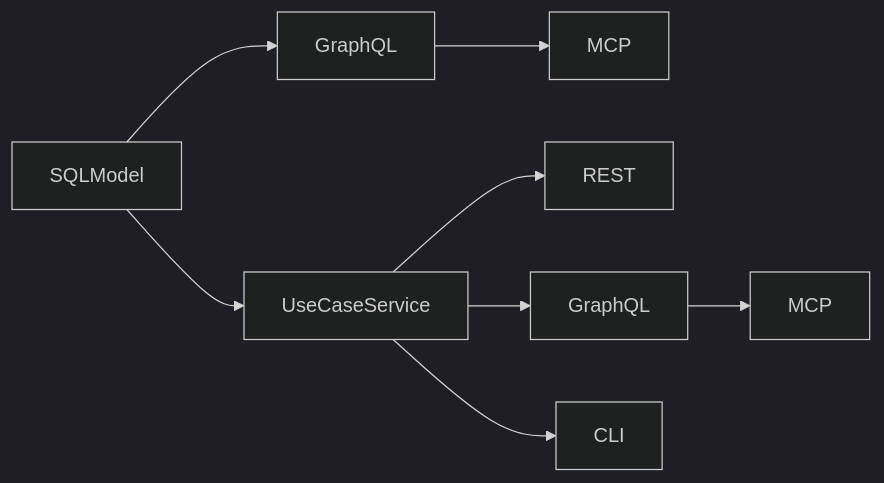
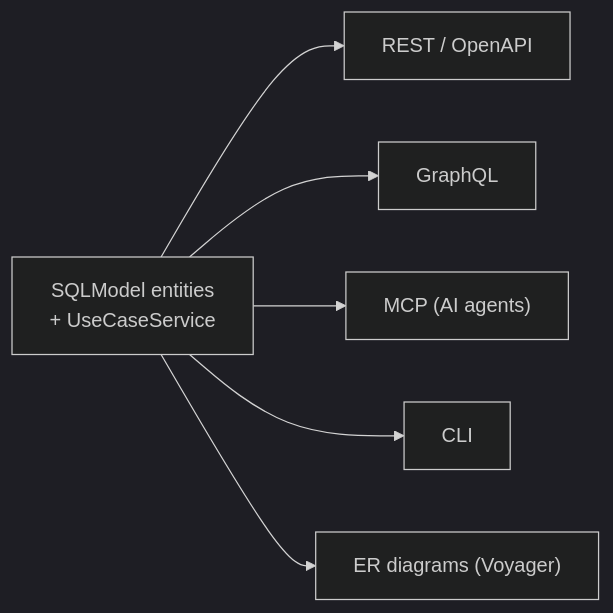
One commit to KLR-Pattern/nexusx changed the diagram in README.md. Above: the diagram before and after it, drawn with Mermaid (dark theme). The commit also changed other lines of this file, not shown here.

````diff
--- a/README.md
+++ b/README.md
@@ -8,13 +10,9 @@
 ```mermaid
 flowchart LR
-    sqlmodel["SQLModel"]
-
-    sqlmodel --> graphql["GraphQL"]
-    graphql --> mcp1["MCP"]
-
-    sqlmodel --> usecase["UseCaseService"]
-    usecase --> rest["REST"]
-    usecase --> graphql2["GraphQL"]
-    usecase --> cli["CLI"]
-    graphql2 --> mcp2["MCP"]
+    model["SQLModel entities<br/>+ UseCaseService"]
+    model --> rest["REST / OpenAPI"]
+    model --> graphql["GraphQL"]
+    model --> mcp["MCP (AI agents)"]
+    model --> cli["CLI"]
+    model --> er["ER diagrams (Voyager)"]
 ```
````
